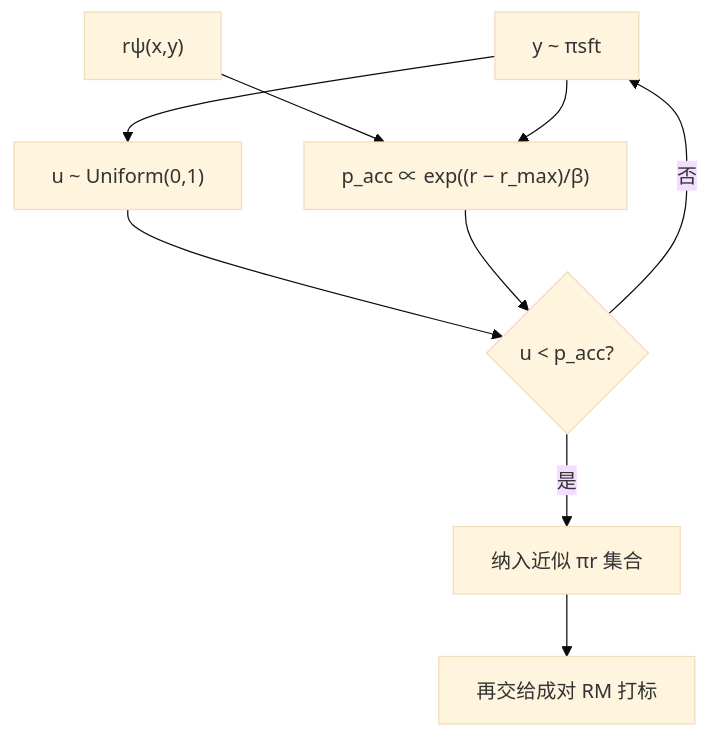
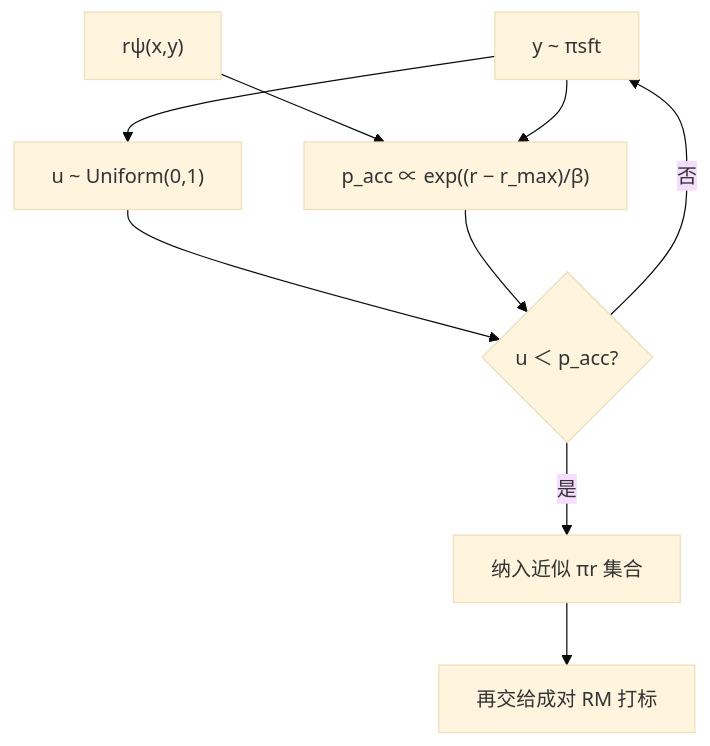
The diagram in docs/llm/stats-rs.md (xhongduo-tech/xhongduo-tech.github.io), drawn with Mermaid (base theme) before and after one commit. The commit also changed other lines of this file and 772 other files, not shown here.

````diff
--- a/docs/llm/stats-rs.md
+++ b/docs/llm/stats-rs.md
@@ -38,11 +38,11 @@
 ```mermaid
 flowchart TD
   SFT["y ~ πsft"] --> U["u ~ Uniform(0,1)"]
   RM["rψ(x,y)"] --> ACC["p_acc ∝ exp((r − r_max)/β)"]
   SFT --> ACC
-  U --> CMP{"u < p_acc?"}
+  U --> CMP{"u ＜ p_acc?"}
   ACC --> CMP
   CMP -->|是| Y["纳入近似 πr 集合"]
   CMP -->|否| SFT
   Y --> PAIR["再交给成对 RM 打标"]
 ```
````
